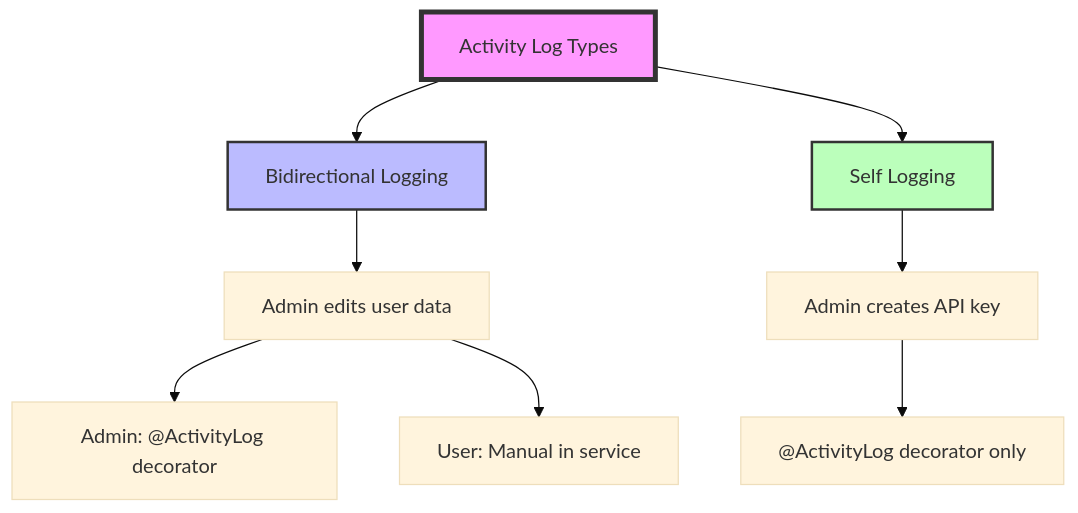
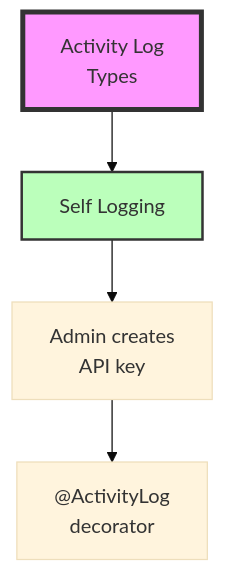
The first of 3 diagrams in docs/activity-log.md (andrechristikan/ack-nestjs-boilerplate), drawn with Mermaid (base theme) before and after one commit. The commit also changed other lines of this file and 22 other files, not shown here.

````diff
--- a/docs/activity-log.md
+++ b/docs/activity-log.md
@@ -35,16 +34,11 @@
 ```mermaid
 graph TD
-    A[Activity Log Types] --> B[Bidirectional Logging]
+    A[Activity Log <br/>Types]
     A --> C[Self Logging]
     
-    B --> D[Admin edits user data]
-    D --> E[Admin: @ActivityLog decorator]
-    D --> F[User: Manual in service]
-    
-    C --> G[Admin creates API key]
-    G --> H[ @ActivityLog decorator only]
+    C --> G[Admin creates<br/>API key]
+    G --> H[ @ActivityLog<br/>decorator]
     
     style A fill:#f9f,stroke:#333,stroke-width:4px
-    style B fill:#bbf,stroke:#333,stroke-width:2px
     style C fill:#bfb,stroke:#333,stroke-width:2px
 ```
````
